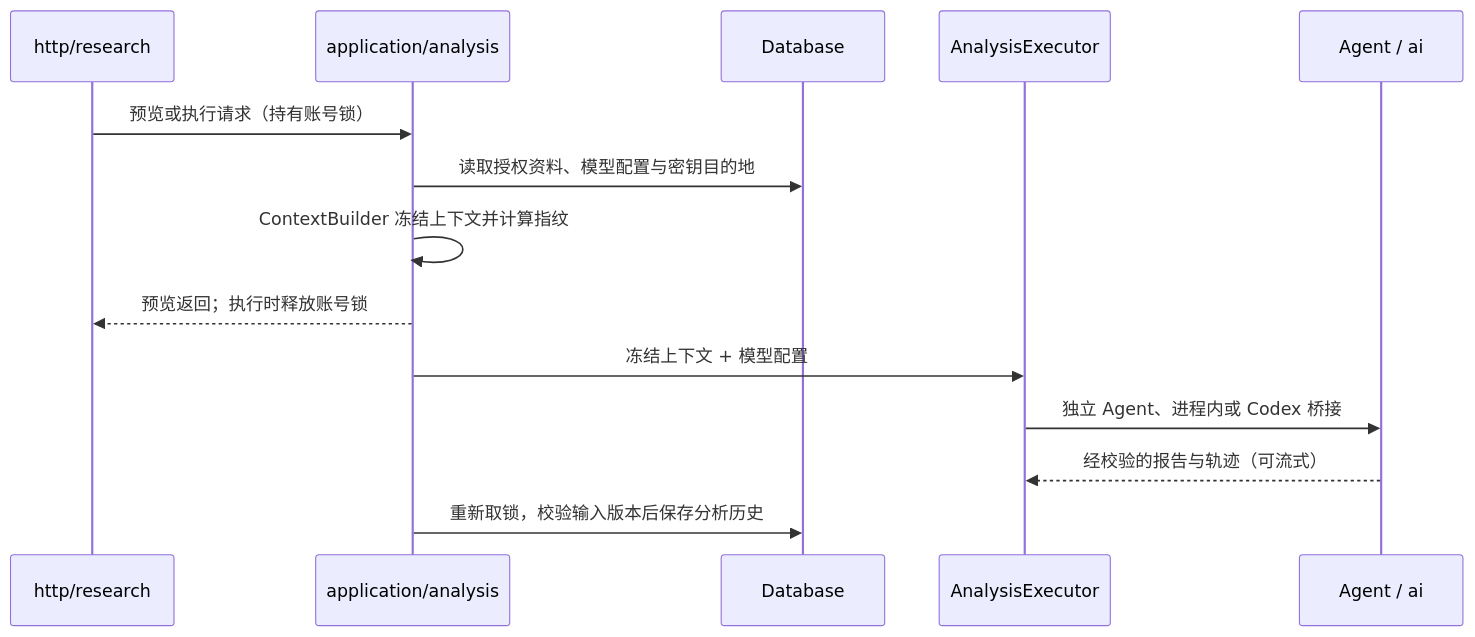
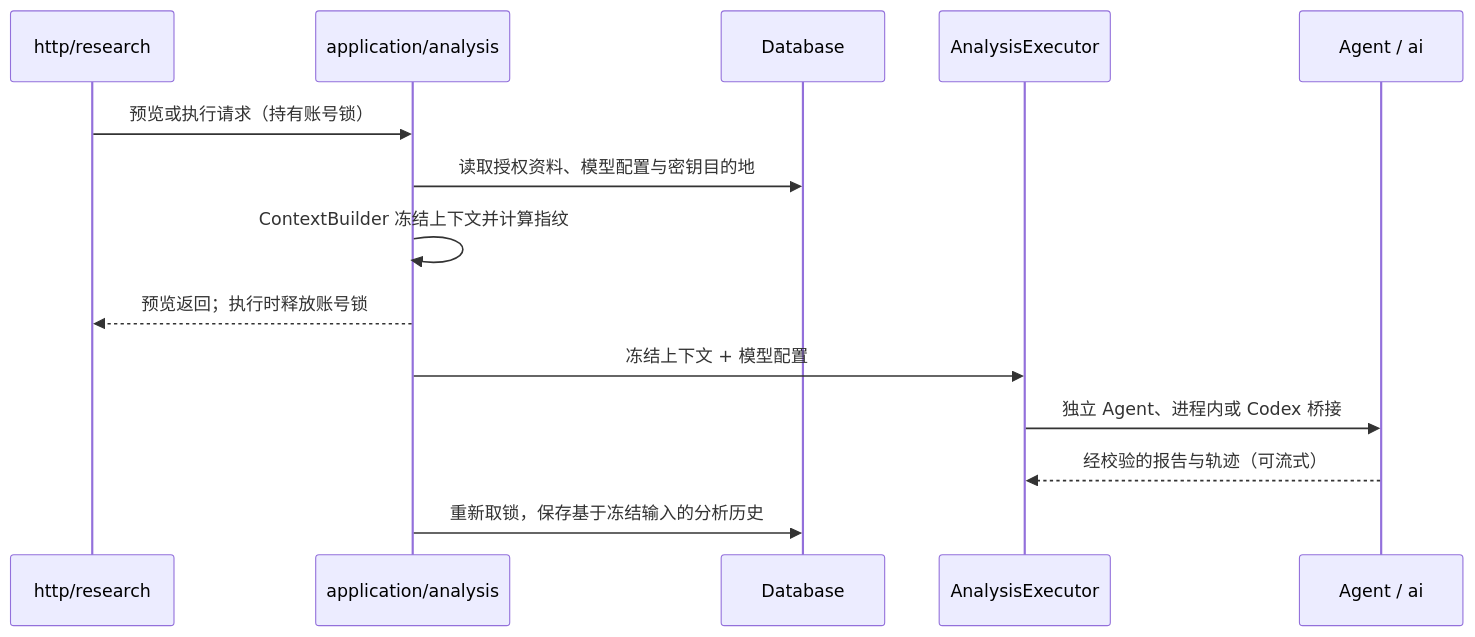
One commit to lokinko/mario changed the third of 3 diagrams in docs/architecture.md. Above: the diagram before and after it, drawn with Mermaid. The commit also changed other lines of this file and 56 other files, not shown here.

````diff
--- a/docs/architecture.md
+++ b/docs/architecture.md
@@ -171,16 +171,16 @@
 ```mermaid
 sequenceDiagram
     participant H as http/research
     participant S as application/analysis
     participant D as Database
     participant E as AnalysisExecutor
     participant G as Agent / ai
     H->>S: 预览或执行请求（持有账号锁）
     S->>D: 读取授权资料、模型配置与密钥目的地
     S->>S: ContextBuilder 冻结上下文并计算指纹
     S-->>H: 预览返回；执行时释放账号锁
     S->>E: 冻结上下文 + 模型配置
     E->>G: 独立 Agent、进程内或 Codex 桥接
     G-->>E: 经校验的报告与轨迹（可流式）
-    S->>D: 重新取锁，校验输入版本后保存分析历史
+    S->>D: 重新取锁，保存基于冻结输入的分析历史
 ```
````
